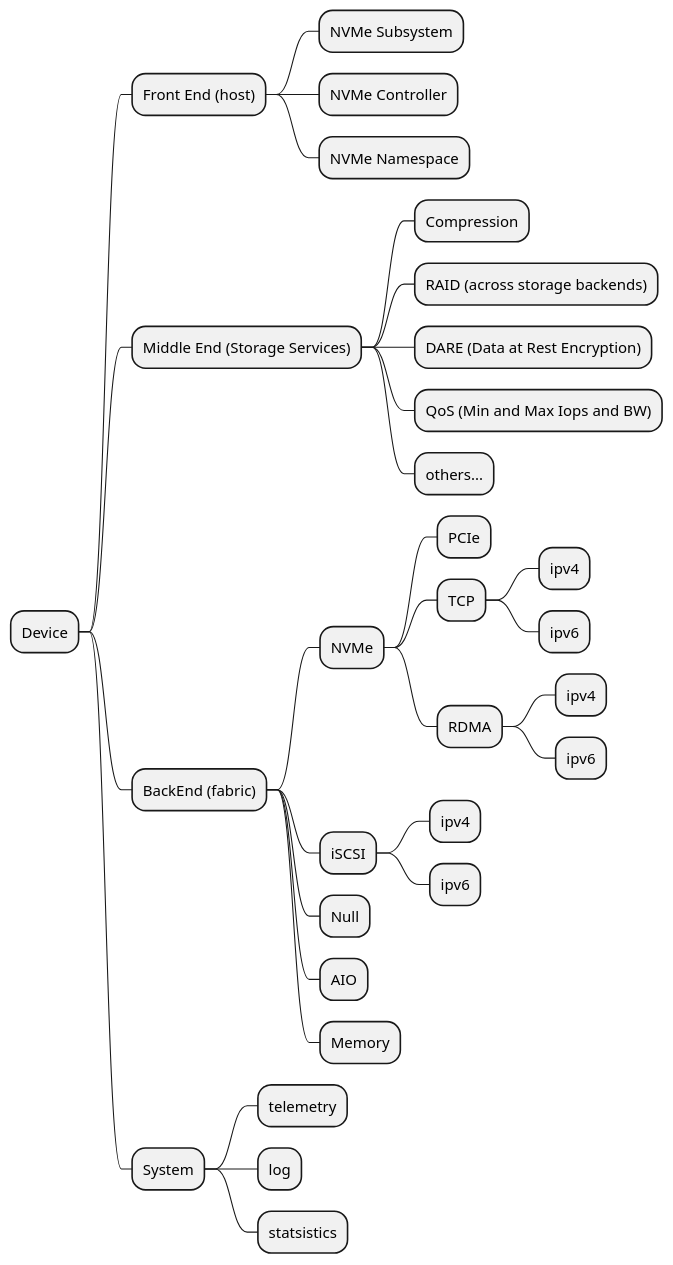
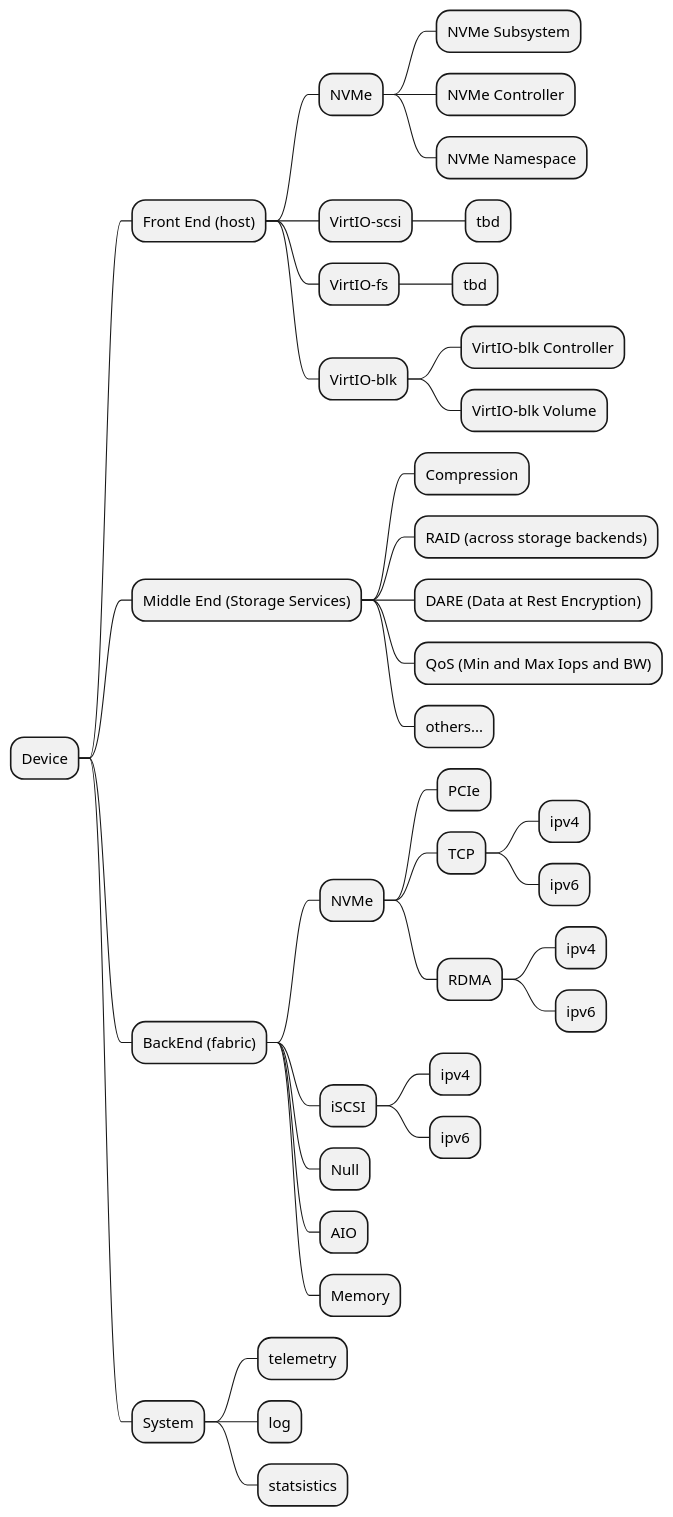
The diagram in storage/DPU-API-Storage.plantuml (tedstreete/opi-api), drawn with PlantUML before and after one commit. The commit also changed 1 other file, not shown here.

```diff
--- a/storage/DPU-API-Storage.plantuml
+++ b/storage/DPU-API-Storage.plantuml
@@ -1,32 +1,40 @@
 @startmindmap
 * Device
 ** Front End (host)
-*** NVMe Subsystem
-*** NVMe Controller
-*** NVMe Namespace
+*** NVMe
+**** NVMe Subsystem
+**** NVMe Controller
+**** NVMe Namespace
+*** VirtIO-scsi
+**** tbd
+*** VirtIO-fs
+**** tbd
+*** VirtIO-blk
+**** VirtIO-blk Controller
+**** VirtIO-blk Volume
 ** Middle End (Storage Services)
 *** Compression
 *** RAID (across storage backends)
 *** DARE (Data at Rest Encryption)
 *** QoS (Min and Max Iops and BW)
 *** others...
 ** BackEnd (fabric)
 *** NVMe
 **** PCIe
 **** TCP
 ***** ipv4
 ***** ipv6
 **** RDMA
 ***** ipv4
 ***** ipv6
 *** iSCSI
 **** ipv4
 **** ipv6
 *** Null
 *** AIO
 *** Memory
 ** System
 *** telemetry
 *** log
 *** statsistics
 @endmindmap
```
